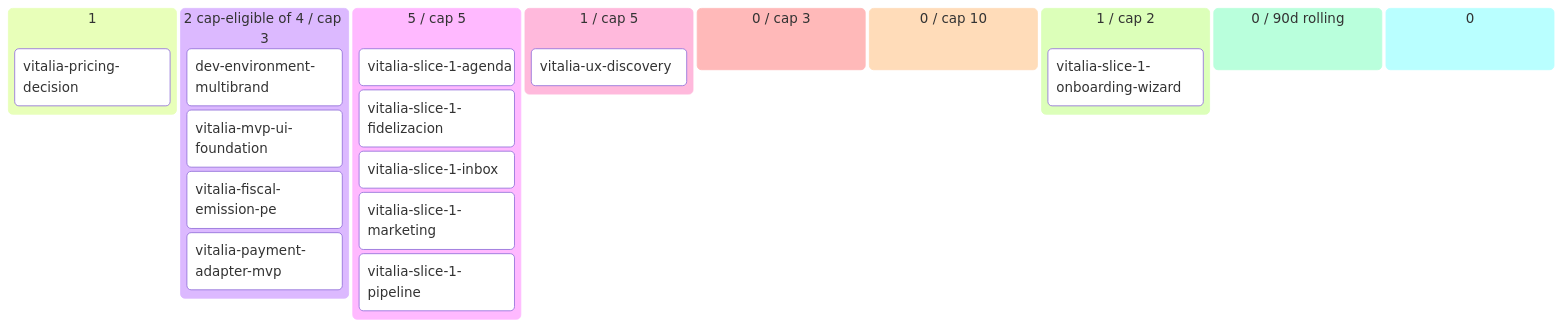
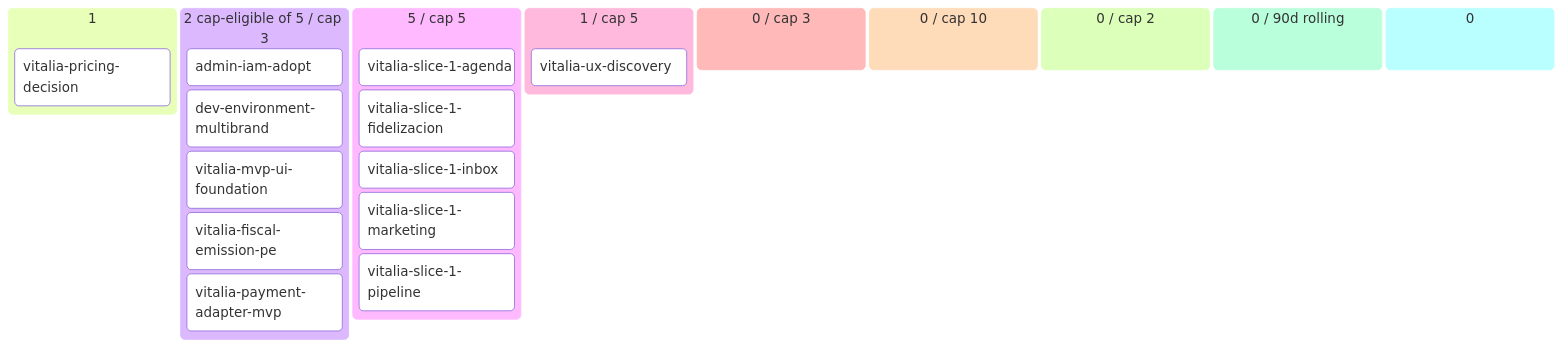
One commit to alpaca-purpura/luana-platform changed the diagram in vitalia/docs/product/BACKLOG.md. Above: the diagram before and after it, drawn with Mermaid. The commit also changed other lines of this file and 40 other files, not shown here.

````diff
--- a/vitalia/docs/product/BACKLOG.md
+++ b/vitalia/docs/product/BACKLOG.md
@@ -46,24 +47,24 @@
 ```mermaid
 kanban
   💡 Ideas (1)
     vitalia-pricing-decision[vitalia-pricing-decision]
-  🔬 Refining (2 cap-eligible of 4 / cap 3)
+  🔬 Refining (2 cap-eligible of 5 / cap 3)
+    admin-iam-adopt[admin-iam-adopt]
     dev-environment-multibrand[dev-environment-multibrand]
     vitalia-mvp-ui-foundation[vitalia-mvp-ui-foundation]
     vitalia-fiscal-emission-pe[vitalia-fiscal-emission-pe]
     vitalia-payment-adapter-mvp[vitalia-payment-adapter-mvp]
   ✅ Refined (5 / cap 5)
     vitalia-slice-1-agenda[vitalia-slice-1-agenda]
     vitalia-slice-1-fidelizacion[vitalia-slice-1-fidelizacion]
     vitalia-slice-1-inbox[vitalia-slice-1-inbox]
     vitalia-slice-1-marketing[vitalia-slice-1-marketing]
     vitalia-slice-1-pipeline[vitalia-slice-1-pipeline]
   📦 Ready (1 / cap 5)
     vitalia-ux-discovery[vitalia-ux-discovery]
   🔨 Developing (0 / cap 3)
   🧪 Developed (0 / cap 10)
-  🔍 Reviewing (1 / cap 2)
-    vitalia-slice-1-onboarding-wiz[vitalia-slice-1-onboarding-wizard]
+  🔍 Reviewing (0 / cap 2)
   ✅ Done (0 / 90d rolling)
   🅿 Parked (0)
 ```
````
